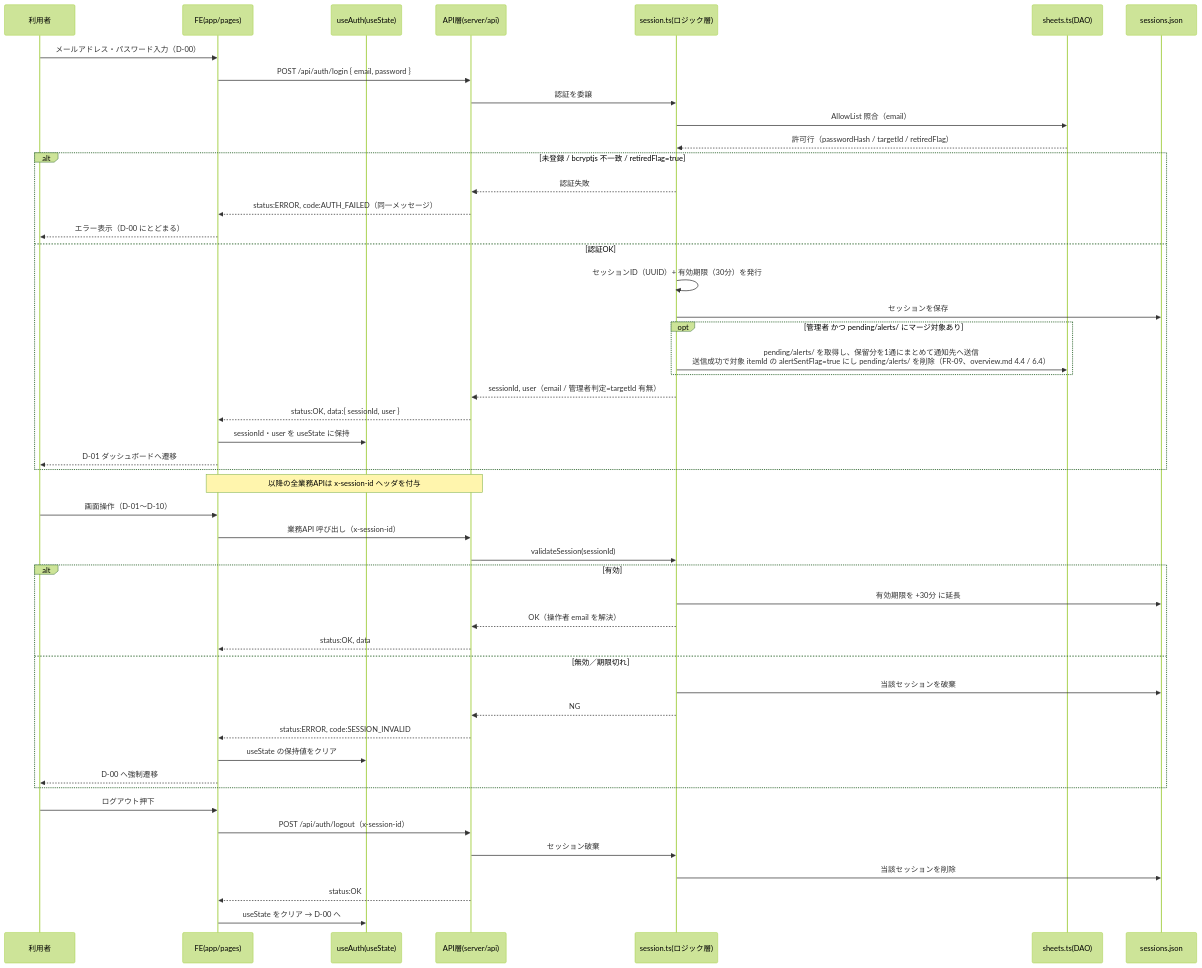
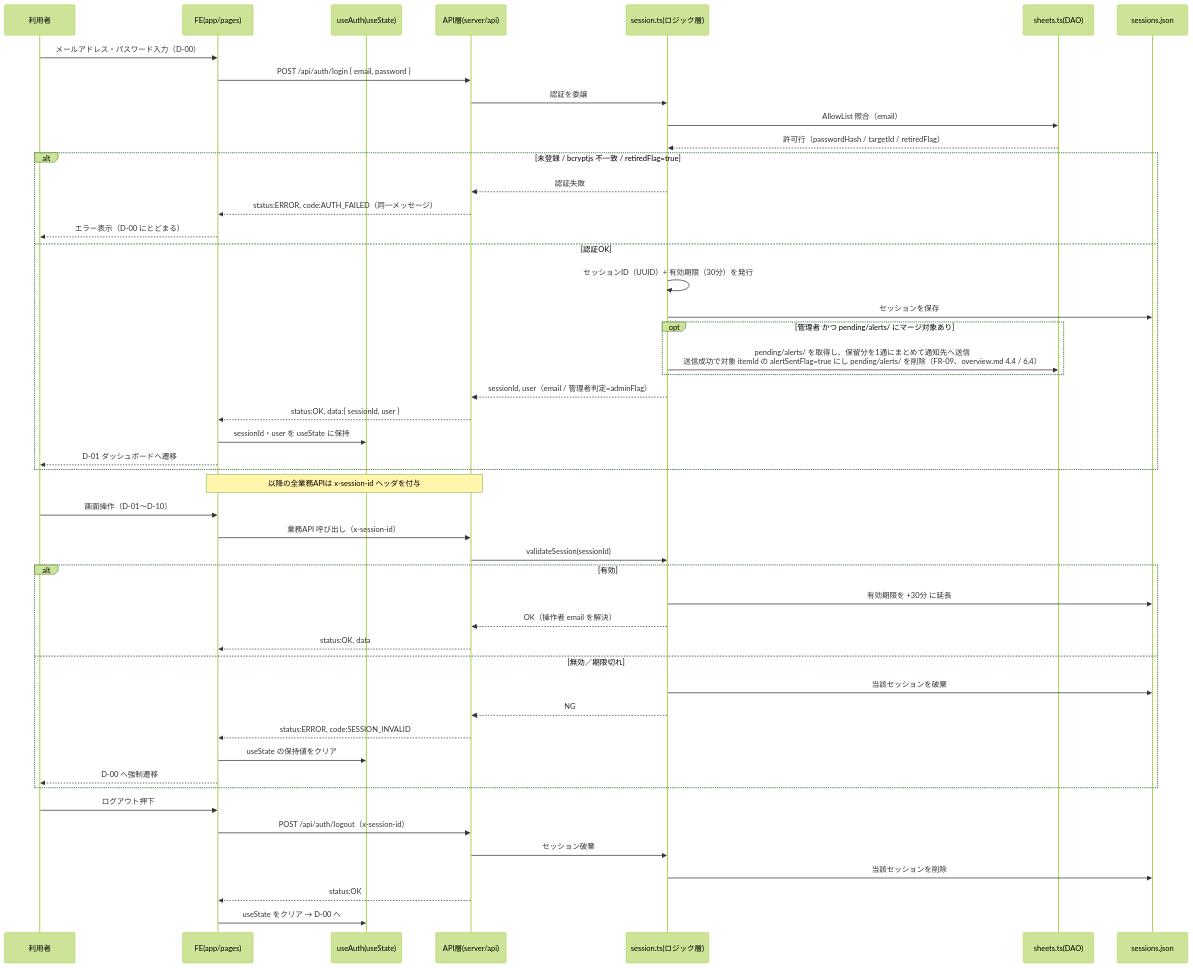
The first of 6 diagrams in docs/architecture/sequence.md (shinichi-yoshida-16/inventory_system_v2), drawn with Mermaid (forest theme) before and after one commit. The commit also changed other lines of this file and 5 other files, not shown here.

````diff
--- a/docs/architecture/sequence.md
+++ b/docs/architecture/sequence.md
@@ -30,54 +30,54 @@
 ```mermaid
 sequenceDiagram
     participant U as 利用者
     participant FE as FE(app/pages)
     participant Auth as useAuth(useState)
     participant API as API層(server/api)
     participant Logic as session.ts(ロジック層)
     participant DAO as sheets.ts(DAO)
     participant Store as sessions.json
 
     U->>FE: メールアドレス・パスワード入力（D-00）
     FE->>API: POST /api/auth/login { email, password }
     API->>Logic: 認証を委譲
     Logic->>DAO: AllowList 照合（email）
     DAO-->>Logic: 許可行（passwordHash / targetId / retiredFlag）
     alt 未登録 / bcryptjs 不一致 / retiredFlag=true
         Logic-->>API: 認証失敗
         API-->>FE: status:ERROR, code:AUTH_FAILED（同一メッセージ）
         FE-->>U: エラー表示（D-00 にとどまる）
     else 認証OK
         Logic->>Logic: セッションID（UUID）+ 有効期限（30分）を発行
         Logic->>Store: セッションを保存
         opt 管理者 かつ pending/alerts/ にマージ対象あり
             Logic->>DAO: pending/alerts/ を取得し、保留分を1通にまとめて通知先へ送信<br/>送信成功で対象 itemId の alertSentFlag=true にし pending/alerts/ を削除（FR-09、overview.md 4.4 / 6.4）
         end
-        Logic-->>API: sessionId, user（email / 管理者判定=targetId 有無）
+        Logic-->>API: sessionId, user（email / 管理者判定=adminFlag）
         API-->>FE: status:OK, data:{ sessionId, user }
         FE->>Auth: sessionId・user を useState に保持
         FE-->>U: D-01 ダッシュボードへ遷移
     end
 
     Note over FE,API: 以降の全業務APIは x-session-id ヘッダを付与
     U->>FE: 画面操作（D-01〜D-10）
     FE->>API: 業務API 呼び出し（x-session-id）
     API->>Logic: validateSession(sessionId)
     alt 有効
         Logic->>Store: 有効期限を +30分 に延長
         Logic-->>API: OK（操作者 email を解決）
         API-->>FE: status:OK, data
     else 無効／期限切れ
         Logic->>Store: 当該セッションを破棄
         Logic-->>API: NG
         API-->>FE: status:ERROR, code:SESSION_INVALID
         FE->>Auth: useState の保持値をクリア
         FE-->>U: D-00 へ強制遷移
     end
 
     U->>FE: ログアウト押下
     FE->>API: POST /api/auth/logout（x-session-id）
     API->>Logic: セッション破棄
     Logic->>Store: 当該セッションを削除
     API-->>FE: status:OK
     FE->>Auth: useState をクリア → D-00 へ
 ```
````
